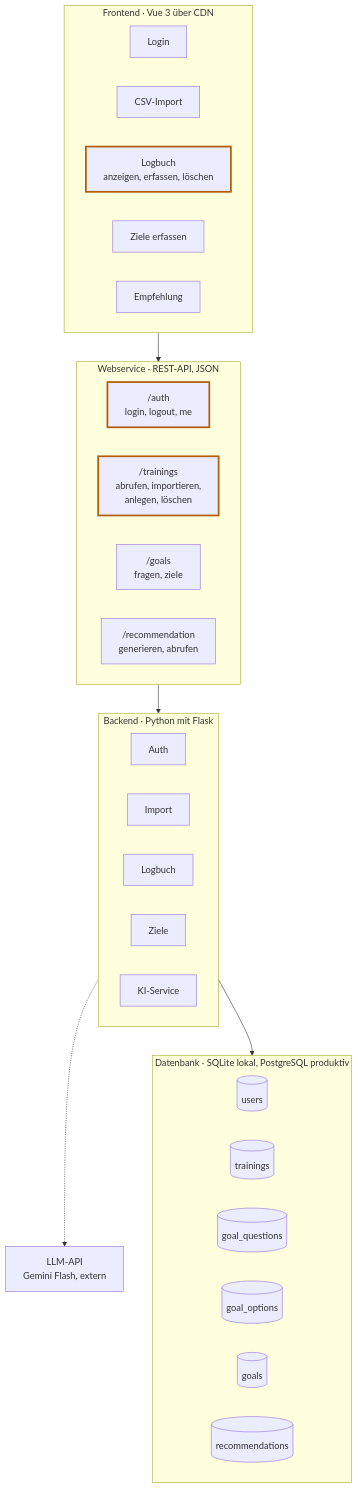
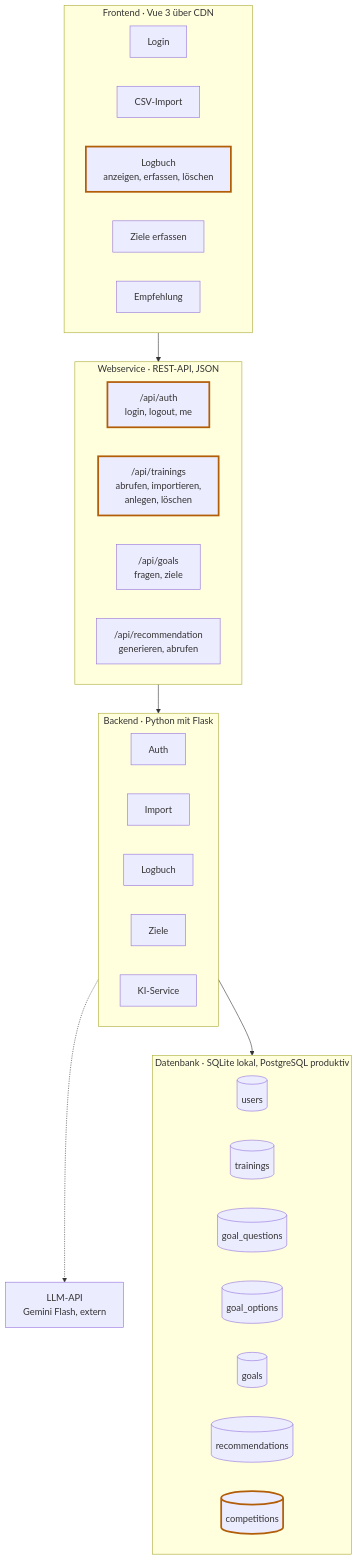
Before and after one commit to c-marija/webapp_trainingsanalyse: the diagram in docs/architektur.md, drawn with Mermaid. The commit also changed other lines of this file and 2 other files, not shown here.

````diff
--- a/docs/architektur.md
+++ b/docs/architektur.md
@@ -13,48 +14,49 @@
 ```mermaid
 flowchart TB
     subgraph FE["Frontend · Vue 3 über CDN"]
         direction LR
         F1["Login"]
         F2["CSV-Import"]
         F3["Logbuch<br/>anzeigen, erfassen, löschen"]
         F4["Ziele erfassen"]
         F5["Empfehlung"]
     end
 
     subgraph API["Webservice · REST-API, JSON"]
         direction LR
-        A1["/auth<br/>login, logout, me"]
-        A2["/trainings<br/>abrufen, importieren,<br/>anlegen, löschen"]
-        A3["/goals<br/>fragen, ziele"]
-        A4["/recommendation<br/>generieren, abrufen"]
+        A1["/api/auth<br/>login, logout, me"]
+        A2["/api/trainings<br/>abrufen, importieren,<br/>anlegen, löschen"]
+        A3["/api/goals<br/>fragen, ziele"]
+        A4["/api/recommendation<br/>generieren, abrufen"]
     end
 
     subgraph BE["Backend · Python mit Flask"]
         direction LR
         B1["Auth"]
         B2["Import"]
         B3["Logbuch"]
         B4["Ziele"]
         B5["KI-Service"]
     end
 
     subgraph DB["Datenbank · SQLite lokal, PostgreSQL produktiv"]
         direction LR
         D1[("users")]
         D2[("trainings")]
         D3[("goal_questions")]
         D4[("goal_options")]
         D5[("goals")]
         D6[("recommendations")]
+        D7[("competitions")]
     end
 
     LLM["LLM-API<br/>Gemini Flash, extern"]
 
     FE --> API
     API --> BE
     BE --> DB
     B5 -.-> LLM
 
     classDef geaendert stroke:#b25e09,stroke-width:3px
-    class F3,A1,A2 geaendert
+    class F3,A1,A2,D7 geaendert
 ```
````
